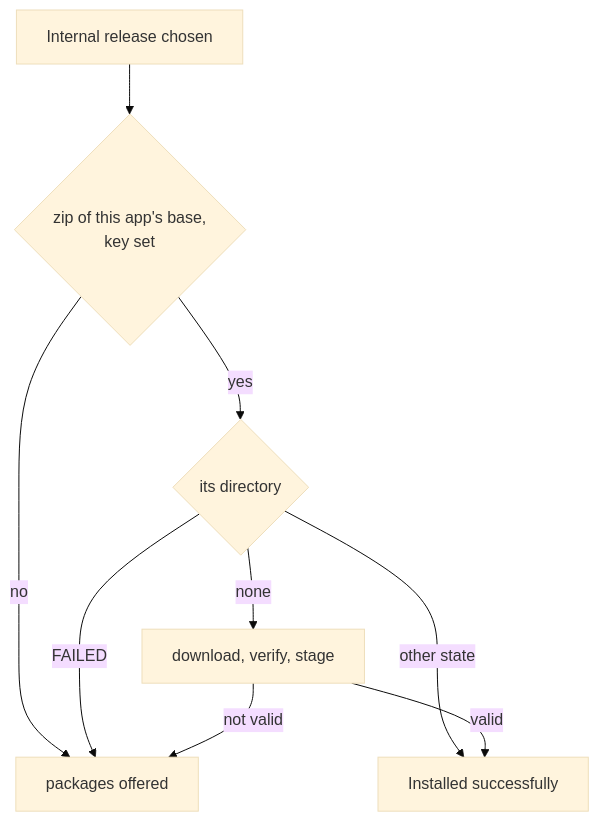
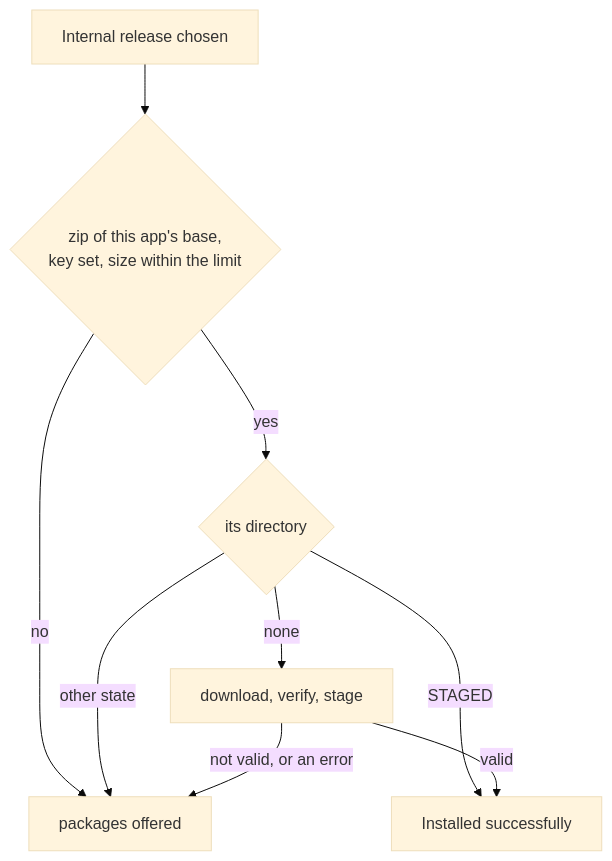
One commit to simplex-chat/simplex-chat changed the fourth of 4 diagrams in plans/2026-11-17-desktop-ui-updates.md. Above: the diagram before and after it, drawn with Mermaid (base theme). The commit also changed other lines of this file and 12 other files, not shown here.

First line of the commit message:
desktop: UI updates staged within limits, confirmed after the chat starts, removed outside Internal

````diff
--- a/plans/2026-11-17-desktop-ui-updates.md
+++ b/plans/2026-11-17-desktop-ui-updates.md
@@ -112,11 +151,11 @@
 ```mermaid
 flowchart TD
-  C[Internal release chosen] --> Z{zip of this app's base,<br>key set}
+  C[Internal release chosen] --> Z{zip of this app's base,<br>key set, size within the limit}
   Z -->|no| P[packages offered]
   Z -->|yes| E{its directory}
-  E -->|FAILED| P
-  E -->|other state| I[Installed successfully]
+  E -->|STAGED| I[Installed successfully]
+  E -->|other state| P
   E -->|none| G[download, verify, stage]
   G -->|valid| I
-  G -->|not valid| P
+  G -->|not valid, or an error| P
 ```
````
